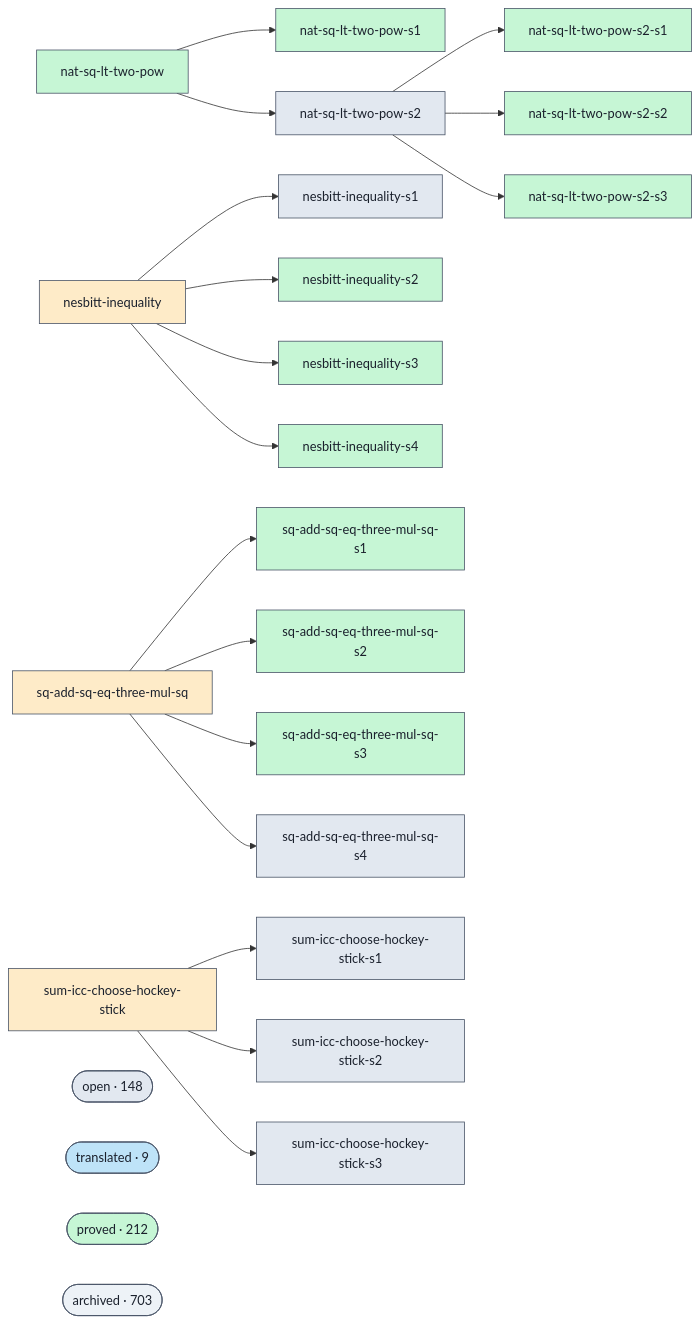
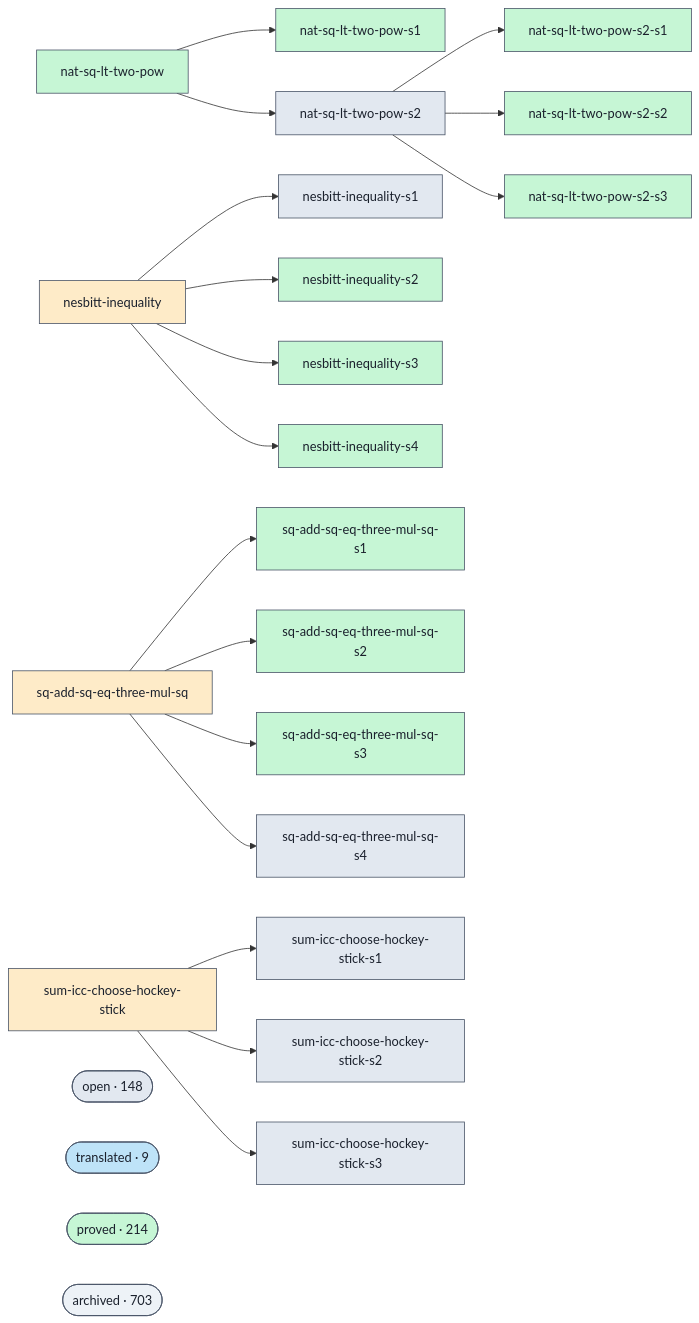
The diagram in docs/proofs-contributors-visualisation.md (ohdearquant/unsorry), drawn with Mermaid before and after one commit. The commit also changed other lines of this file and 2 other files, not shown here.

```diff
--- a/docs/proofs-contributors-visualisation.md
+++ b/docs/proofs-contributors-visualisation.md
@@ -102,7 +102,7 @@
   class cluster_open open;
   cluster_translated(["translated · 9"])
   class cluster_translated translated;
-  cluster_proved(["proved · 212"])
+  cluster_proved(["proved · 214"])
   class cluster_proved proved;
   cluster_archived(["archived · 703"])
   class cluster_archived unknown;
```
